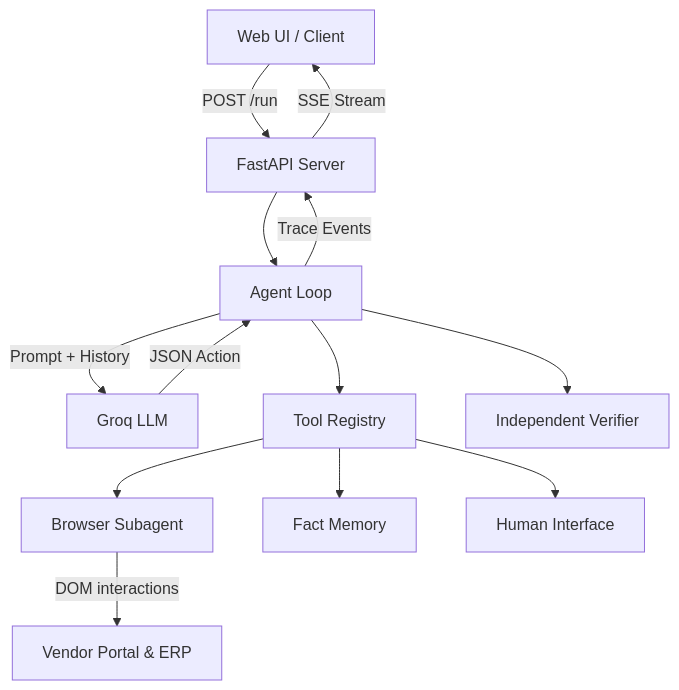
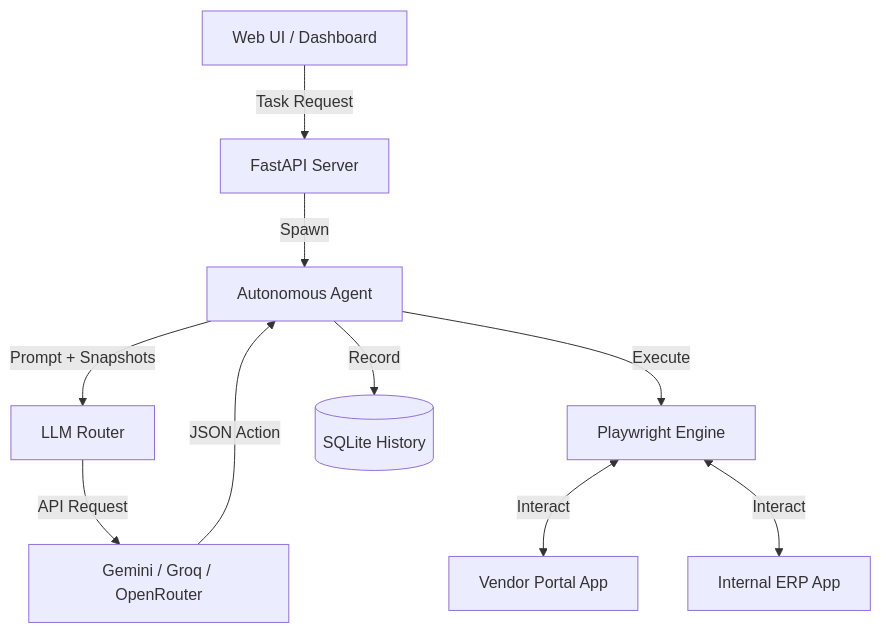
Before and after one commit to shekhar-narayan-mishra/Autonomous-Ai-Worker: the diagram in README.md, drawn with Mermaid. The commit also changed other lines of this file and 12 other files, not shown here.

````diff
--- a/README.md
+++ b/README.md
@@ -25,15 +34,12 @@
 ```mermaid
 graph TD
-    UI[Web UI / Client] --> |POST /run| Server[FastAPI Server]
-    Server --> Loop[Agent Loop]
-    Loop --> |Prompt + History| LLM[Groq LLM]
-    LLM --> |JSON Action| Loop
-    Loop --> Tools[Tool Registry]
-    Tools --> Browser[Browser Subagent]
-    Tools --> Memory[Fact Memory]
-    Tools --> Human[Human Interface]
-    Browser --> |DOM interactions| MockEnvs[Vendor Portal & ERP]
-    Loop --> |Trace Events| Server
-    Server --> |SSE Stream| UI
-    Loop --> Verifier[Independent Verifier]
+    UI[Web UI / Dashboard] --> |Task Request| Server[FastAPI Server]
+    Server --> |Spawn| Agent[Autonomous Agent]
+    Agent --> |Prompt + Snapshots| LLM[LLM Router]
+    LLM --> |API Request| MultiProvider[Gemini / Groq / OpenRouter]
+    MultiProvider --> |JSON Action| Agent
+    Agent --> |Execute| Browser[Playwright Engine]
+    Browser <--> |Interact| Portal[Vendor Portal App]
+    Browser <--> |Interact| ERP[Internal ERP App]
+    Agent --> |Record| SQLite[(SQLite History)]
 ```
````
